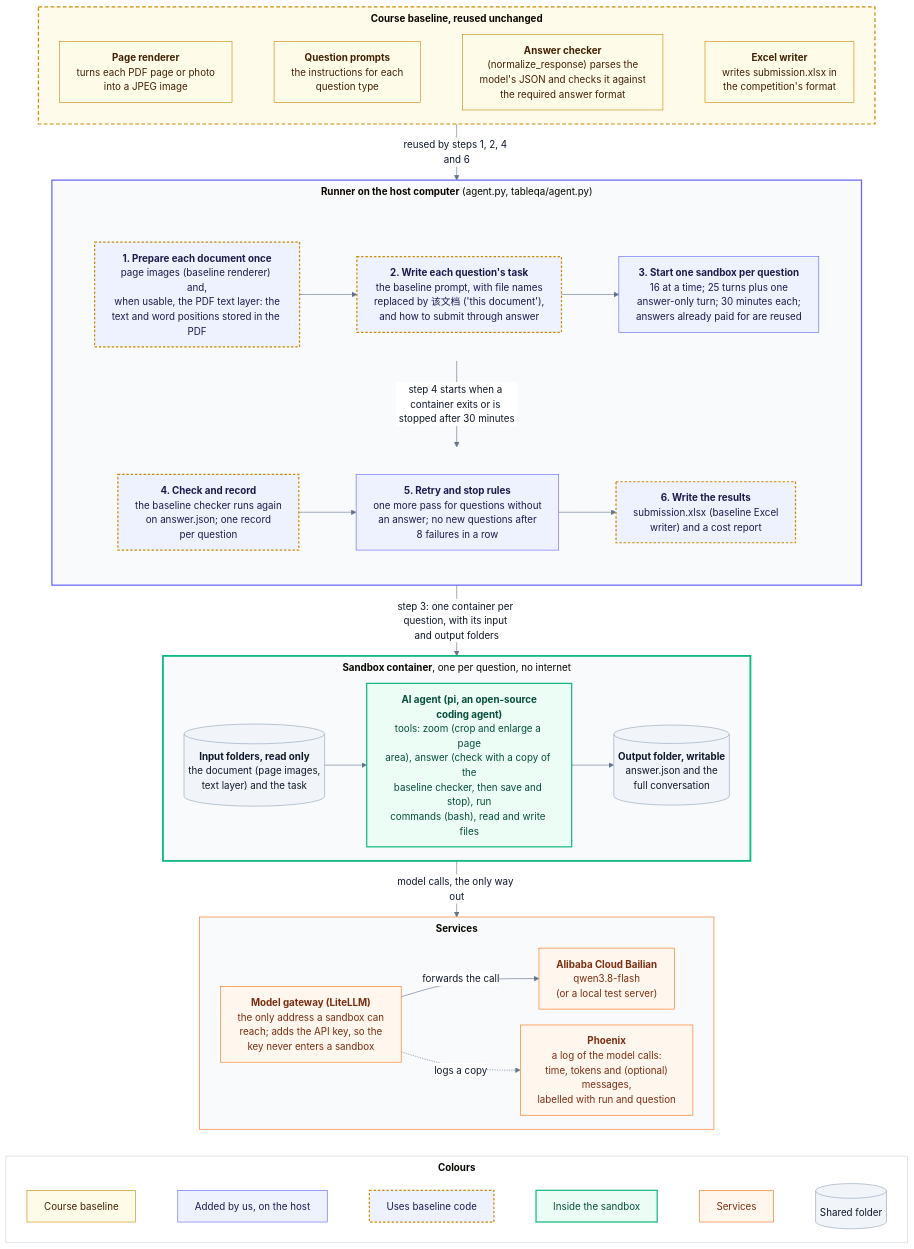
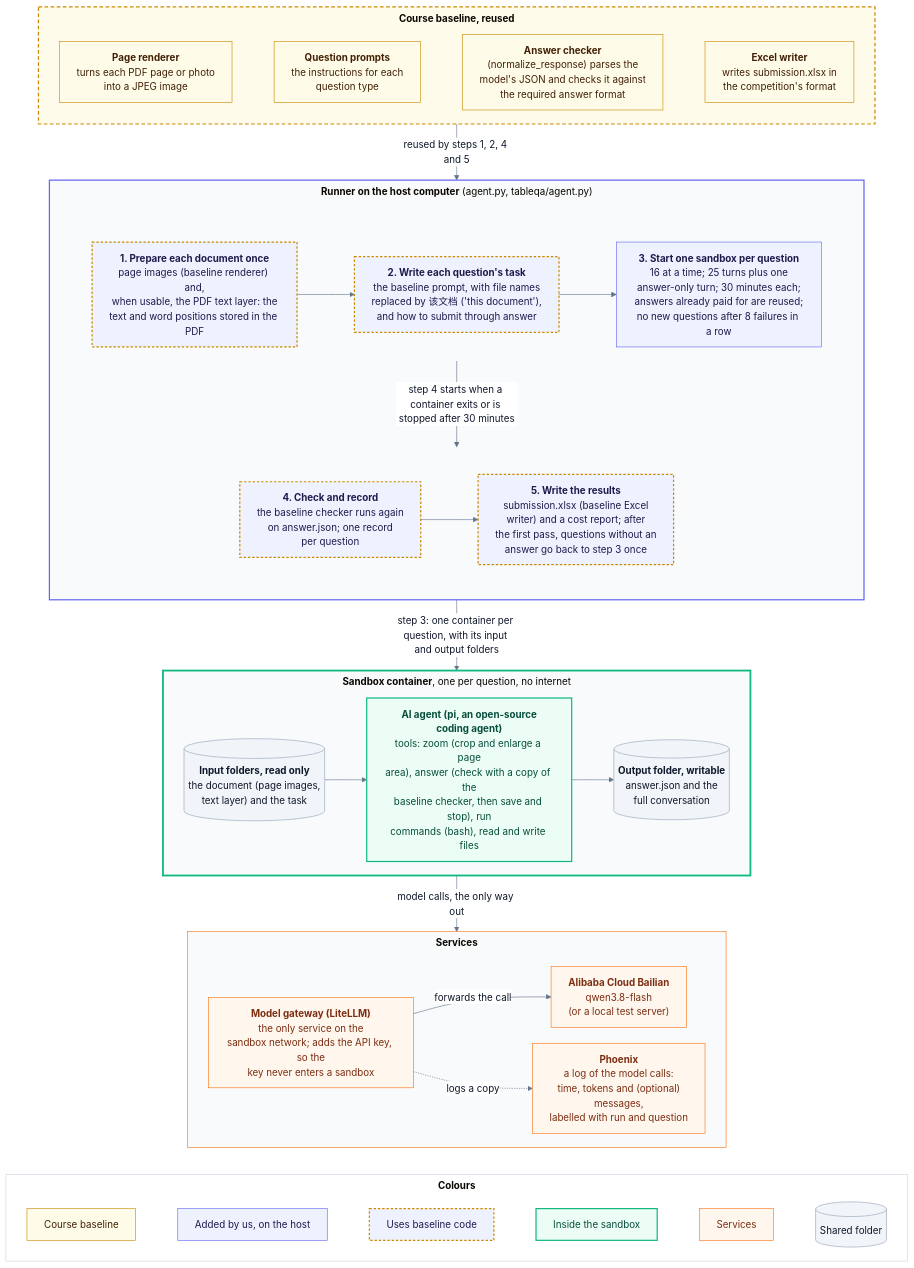
Before and after one commit to eric15342335/AIFep-FDU.github.io: the diagram in docs/diagrams/architecture.mmd, drawn with Mermaid. The commit also changed 15 other files, not shown here.

First line of the commit message:
Docs and diagrams: second GPT-6.2 Astra review

```diff
--- a/docs/diagrams/architecture.mmd
+++ b/docs/diagrams/architecture.mmd
@@ -1,78 +1,77 @@
 %%{init: {"theme": "base", "themeVariables": {"fontSize": "16px", "lineColor": "#64748b", "primaryTextColor": "#0f172a", "edgeLabelBackground": "#ffffff"}, "flowchart": {"nodeSpacing": 26, "rankSpacing": 44, "padding": 14, "wrappingWidth": 280, "subGraphTitleMargin": {"top": 6, "bottom": 16}}}}%%
 %% The parts of the agent harness, what each one can reach, and which parts come from the course baseline.
 %% Edges connect subgraphs (not their nodes), so each subgraph keeps its own direction.
 flowchart TB
-    subgraph BASE["<b>Course baseline, reused unchanged</b>"]
+    subgraph BASE["<b>Course baseline, reused</b>"]
         direction LR
         render["<b>Page renderer</b><br/>turns each PDF page or photo<br/>into a JPEG image"]
         prompts["<b>Question prompts</b><br/>the instructions for each<br/>question type"]
         checker["<b>Answer checker</b><br/>(normalize_response) parses the<br/>model's JSON and checks it against<br/>the required answer format"]
         writer["<b>Excel writer</b><br/>writes submission.xlsx in<br/>the competition's format"]
         render ~~~ prompts ~~~ checker ~~~ writer
     end
 
     subgraph HOST["<b>Runner on the host computer</b> (agent.py, tableqa/agent.py)"]
         direction TB
         subgraph ROW1[" "]
             direction LR
             prep["<b>1. Prepare each document once</b><br/>page images (baseline renderer) and,<br/>when usable, the PDF text layer: the<br/>text and word positions stored in the PDF"]
             task["<b>2. Write each question's task</b><br/>the baseline prompt, with file names<br/>replaced by 该文档 ('this document'),<br/>and how to submit through answer"]
-            start["<b>3. Start one sandbox per question</b><br/>16 at a time; 25 turns plus one<br/>answer-only turn; 30 minutes each;<br/>answers already paid for are reused"]
+            start["<b>3. Start one sandbox per question</b><br/>16 at a time; 25 turns plus one<br/>answer-only turn; 30 minutes each;<br/>answers already paid for are reused;<br/>no new questions after 8 failures in a row"]
             prep --> task --> start
         end
         subgraph ROW2[" "]
             direction LR
             check["<b>4. Check and record</b><br/>the baseline checker runs again<br/>on answer.json; one record<br/>per question"]
-            retry["<b>5. Retry and stop rules</b><br/>one more pass for questions without<br/>an answer; no new questions after<br/>8 failures in a row"]
-            out["<b>6. Write the results</b><br/>submission.xlsx (baseline Excel<br/>writer) and a cost report"]
-            check --> retry --> out
+            out["<b>5. Write the results</b><br/>submission.xlsx (baseline Excel<br/>writer) and a cost report; after<br/>the first pass, questions without an<br/>answer go back to step 3 once"]
+            check --> out
         end
         ROW1 -- "step 4 starts when a container exits or is stopped after 30 minutes" --> ROW2
     end
 
     subgraph BOX["<b>Sandbox container</b>, one per question, no internet"]
         direction LR
         input[("<b>Input folders, read only</b><br/>the document (page images,<br/>text layer) and the task")]
         agent["<b>AI agent (pi, an open-source<br/>coding agent)</b><br/>tools: zoom (crop and enlarge a page<br/>area), answer (check with a copy of the<br/>baseline checker, then save and stop), run<br/>commands (bash), read and write files"]
         output[("<b>Output folder, writable</b><br/>answer.json and the<br/>full conversation")]
         input --> agent --> output
     end
 
     subgraph SVC["<b>Services</b>"]
         direction LR
-        gw["<b>Model gateway (LiteLLM)</b><br/>the only address a sandbox can<br/>reach; adds the API key, so the<br/>key never enters a sandbox"]
+        gw["<b>Model gateway (LiteLLM)</b><br/>the only service on the<br/>sandbox network; adds the API key, so the<br/>key never enters a sandbox"]
         model["<b>Alibaba Cloud Bailian</b><br/>qwen3.8-flash<br/>(or a local test server)"]
         trace["<b>Phoenix</b><br/>a log of the model calls:<br/>time, tokens and (optional)<br/>messages,<br/>labelled with run and question"]
         gw -- "forwards the call" --> model
         gw -. "logs a copy" .-> trace
     end
 
     subgraph KEY["<b>Colours</b>"]
         direction LR
         k1["Course baseline"] ~~~ k2["Added by us, on the host"] ~~~ k4["Uses baseline code"] ~~~ k3["Inside the sandbox"] ~~~ k5["Services"] ~~~ k6[("Shared folder")]
     end
 
-    BASE -- "reused by steps 1, 2, 4 and 6" --> HOST
+    BASE -- "reused by steps 1, 2, 4 and 5" --> HOST
     HOST -- "step 3: one container per question, with its input and output folders" --> BOX
     BOX -- "model calls, the only way out" --> SVC
     SVC ~~~ KEY
 
     classDef base fill:#fefce8,stroke:#ca8a04,color:#422006
     classDef host fill:#eef2ff,stroke:#6366f1,color:#1e1b4b
     classDef usesBase fill:#eef2ff,stroke:#ca8a04,color:#1e1b4b,stroke-width:2px,stroke-dasharray:4 3
     classDef box fill:#ecfdf5,stroke:#10b981,color:#064e3b,stroke-width:2px
     classDef folder fill:#f1f5f9,stroke:#94a3b8,color:#0f172a
     classDef ext fill:#fff7ed,stroke:#f97316,color:#7c2d12
     class render,prompts,checker,writer,k1 base
-    class start,retry,k2 host
+    class start,k2 host
     class prep,task,check,out,k4 usesBase
     class agent,k3 box
     class input,output,k6 folder
     class gw,model,trace,k5 ext
     style BASE fill:#fffbeb,stroke:#ca8a04,stroke-width:2px,stroke-dasharray:6 4
     style HOST fill:#f8fafc,stroke:#6366f1,stroke-width:2px
     style ROW1 fill:none,stroke:none
     style ROW2 fill:none,stroke:none
     style BOX fill:#f8fafc,stroke:#10b981,stroke-width:3px
     style SVC fill:#f8fafc,stroke:#f97316
     style KEY fill:#ffffff,stroke:#cbd5e1
```
